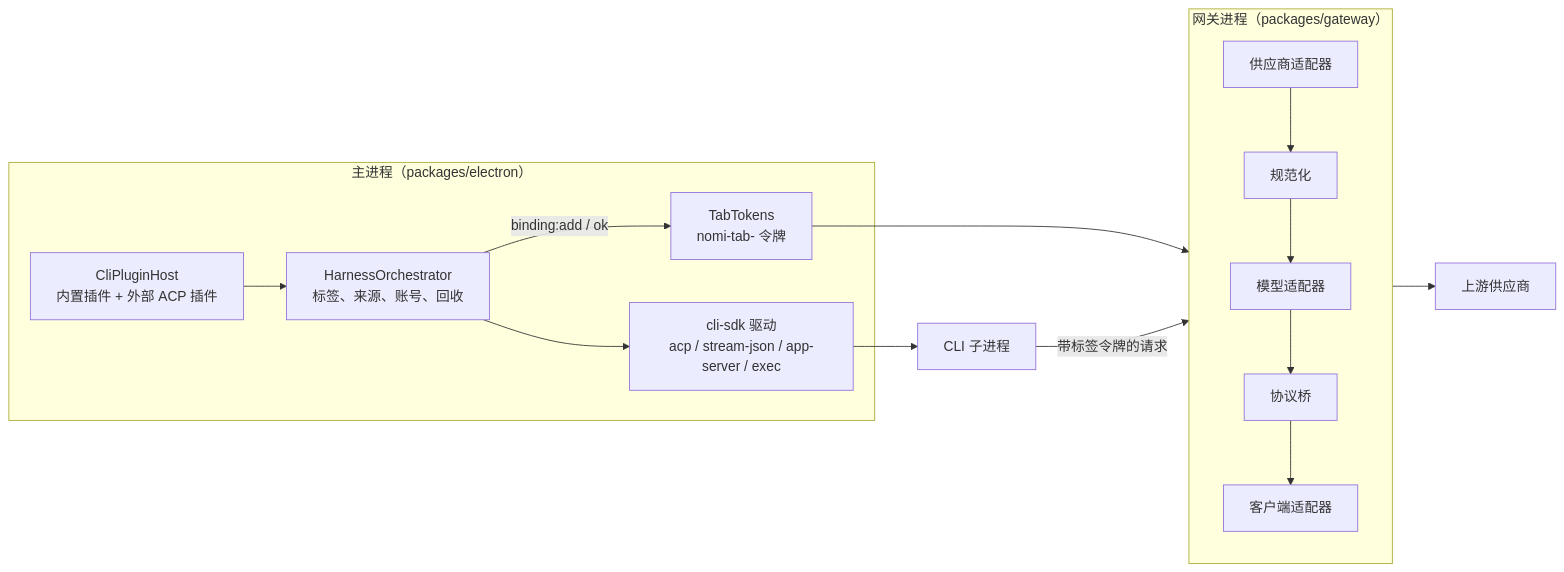
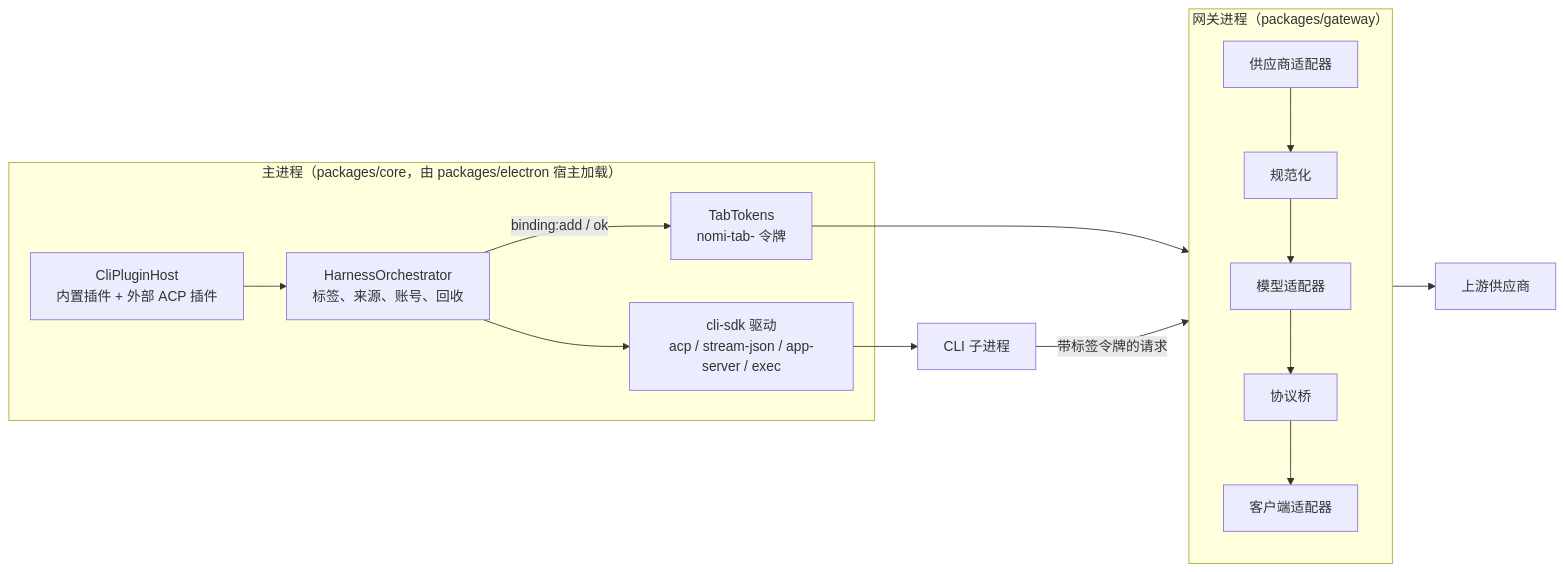
The diagram in docs/development/architecture.md (Cookieboty/nomi-ai), drawn with Mermaid before and after one commit. The commit also changed other lines of this file and 20 other files, not shown here.

First line of the commit message:
docs: point source paths at packages/core after the move

````diff
--- a/docs/development/architecture.md
+++ b/docs/development/architecture.md
@@ -44,18 +45,18 @@
 ```mermaid
 flowchart LR
-  subgraph main["主进程（packages/electron）"]
+  subgraph main["主进程（packages/core，由 packages/electron 宿主加载）"]
     host["CliPluginHost<br/>内置插件 + 外部 ACP 插件"]
     orch["HarnessOrchestrator<br/>标签、来源、账号、回收"]
     drv["cli-sdk 驱动<br/>acp / stream-json / app-server / exec"]
     tokens["TabTokens<br/>nomi-tab- 令牌"]
   end
   cli["CLI 子进程"]
   subgraph gw["网关进程（packages/gateway）"]
     pa["供应商适配器"] --> canon["规范化"] --> ma["模型适配器"] --> bridge["协议桥"] --> ca["客户端适配器"]
   end
   up["上游供应商"]
   host --> orch --> drv --> cli
   orch -- "binding:add / ok" --> tokens --> gw
   cli -- "带标签令牌的请求" --> gw
   gw --> up
 ```
````
